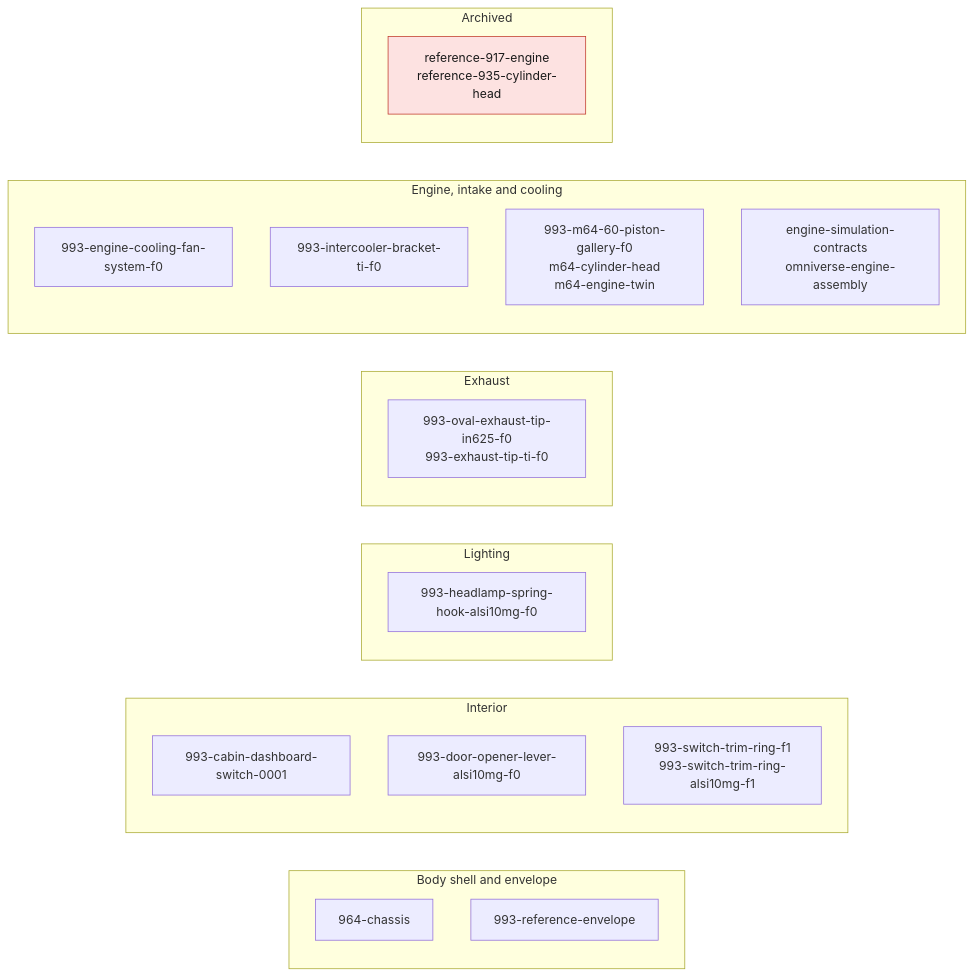
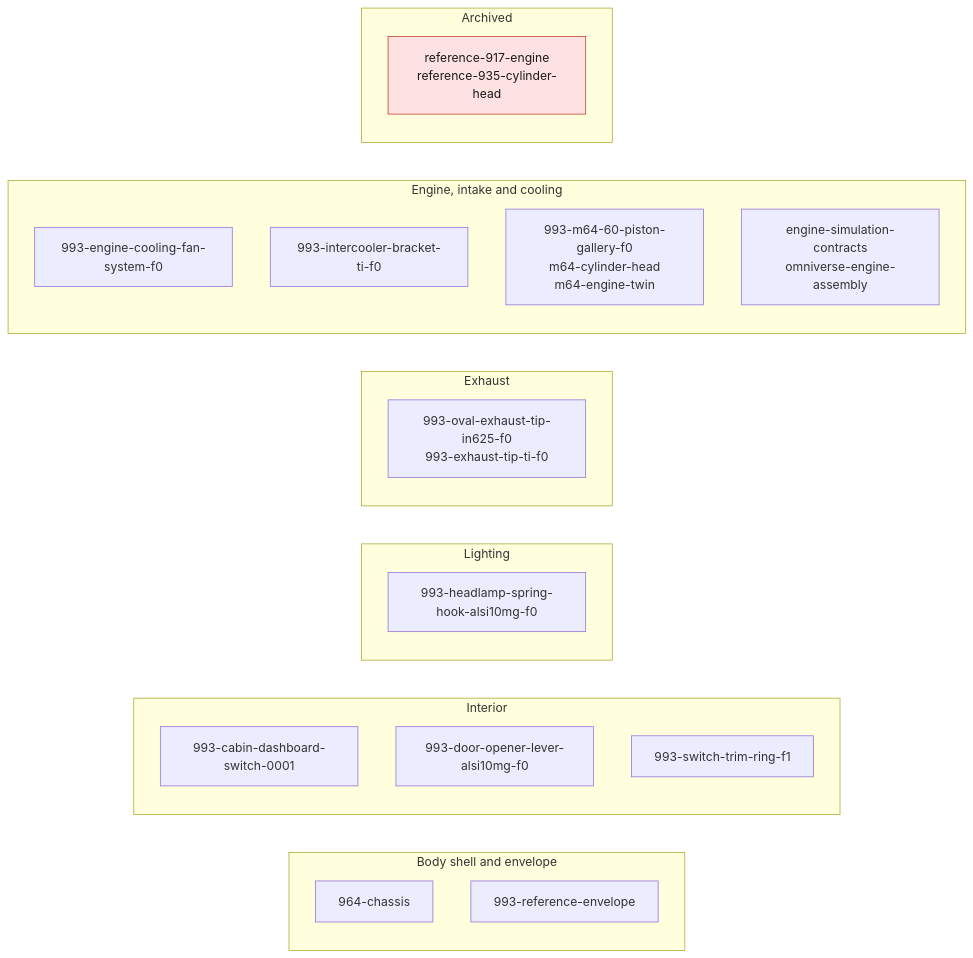
Before and after one commit to cluster2600/porscheparts: the diagram in twins/README.md, drawn with Mermaid. The commit also changed other lines of this file and 1 other file, not shown here.

Commit message:
docs: fix twins index link to an untracked folder; check links against git
twins/README.md listed twins/993-switch-trim-ring-alsi10mg-f1/, which exists
only in a local working tree, so docs-links-check failed in CI. The checker
now resolves targets against tracked files, so a local run matches CI.

````diff
--- a/twins/README.md
+++ b/twins/README.md
@@ -41,29 +40,29 @@
 ```mermaid
 flowchart LR
   subgraph BODY["Body shell and envelope"]
     C964["964-chassis"]
     ENV["993-reference-envelope"]
   end
   subgraph INT["Interior"]
     DASH["993-cabin-dashboard-switch-0001"]
     DOOR["993-door-opener-lever-alsi10mg-f0"]
-    RING["993-switch-trim-ring-f1<br/>993-switch-trim-ring-alsi10mg-f1"]
+    RING["993-switch-trim-ring-f1"]
   end
   subgraph LIGHT["Lighting"]
     HOOK["993-headlamp-spring-hook-alsi10mg-f0"]
   end
   subgraph EXH["Exhaust"]
     TIP["993-oval-exhaust-tip-in625-f0<br/>993-exhaust-tip-ti-f0"]
   end
   subgraph ENG["Engine, intake and cooling"]
     FAN["993-engine-cooling-fan-system-f0"]
     IC["993-intercooler-bracket-ti-f0"]
     M64["993-m64-60-piston-gallery-f0<br/>m64-cylinder-head<br/>m64-engine-twin"]
     SIM["engine-simulation-contracts<br/>omniverse-engine-assembly"]
   end
   subgraph ARC["Archived"]
     REF["reference-917-engine<br/>reference-935-cylinder-head"]
   end
   classDef stop fill:#fde2e1,stroke:#c0392b,color:#1a1a1a;
   class REF stop;
 ```
````
